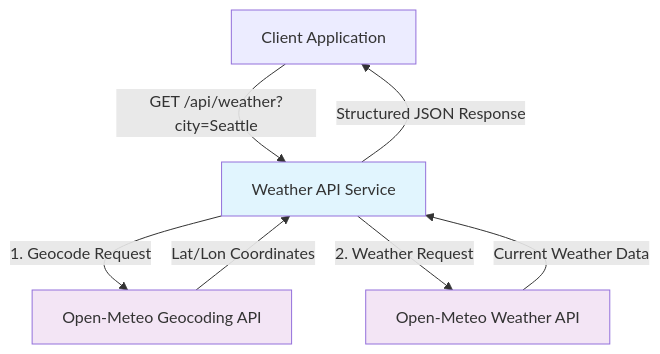
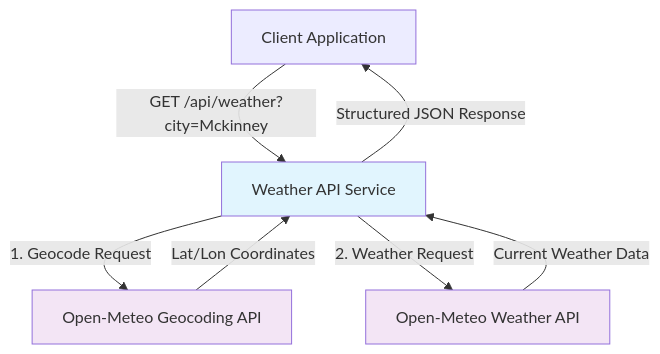
One commit to logan-ankenbrandt/logananks-weather-helloworld-08-24-2025 changed the diagram in README.md. Above: the diagram before and after it, drawn with Mermaid. The commit also changed other lines of this file, not shown here.

````diff
--- a/README.md
+++ b/README.md
@@ -54,13 +54,13 @@
 ```mermaid
 graph TD
-    A[Client Application] -->|GET /api/weather?city=Seattle| B[Weather API Service]
+    A[Client Application] -->|GET /api/weather?city=Mckinney| B[Weather API Service]
     B -->|1. Geocode Request| C[Open-Meteo Geocoding API]
     C -->|Lat/Lon Coordinates| B
     B -->|2. Weather Request| D[Open-Meteo Weather API]
     D -->|Current Weather Data| B
     B -->|Structured JSON Response| A
     
     style B fill:#e1f5fe
     style C fill:#f3e5f5
     style D fill:#f3e5f5
 ```
````
